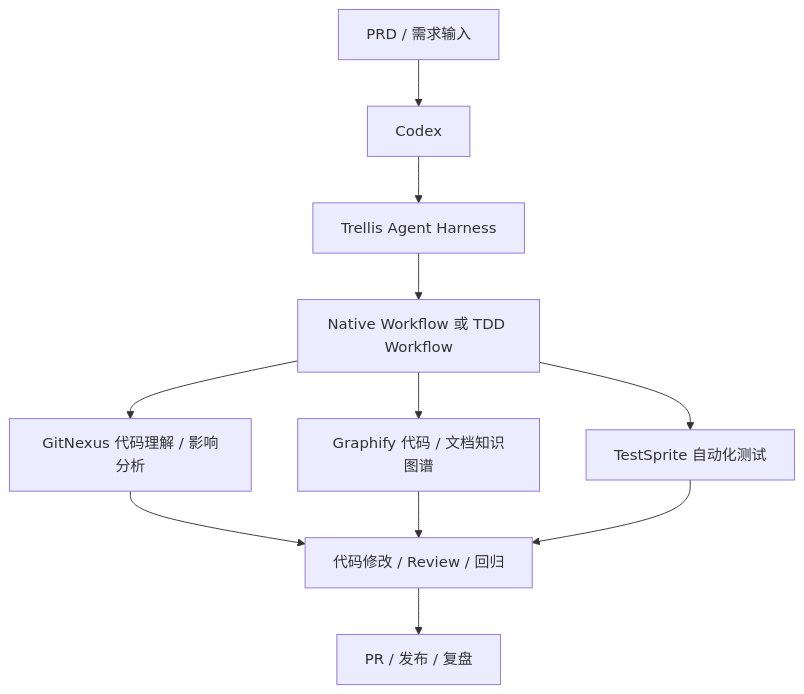
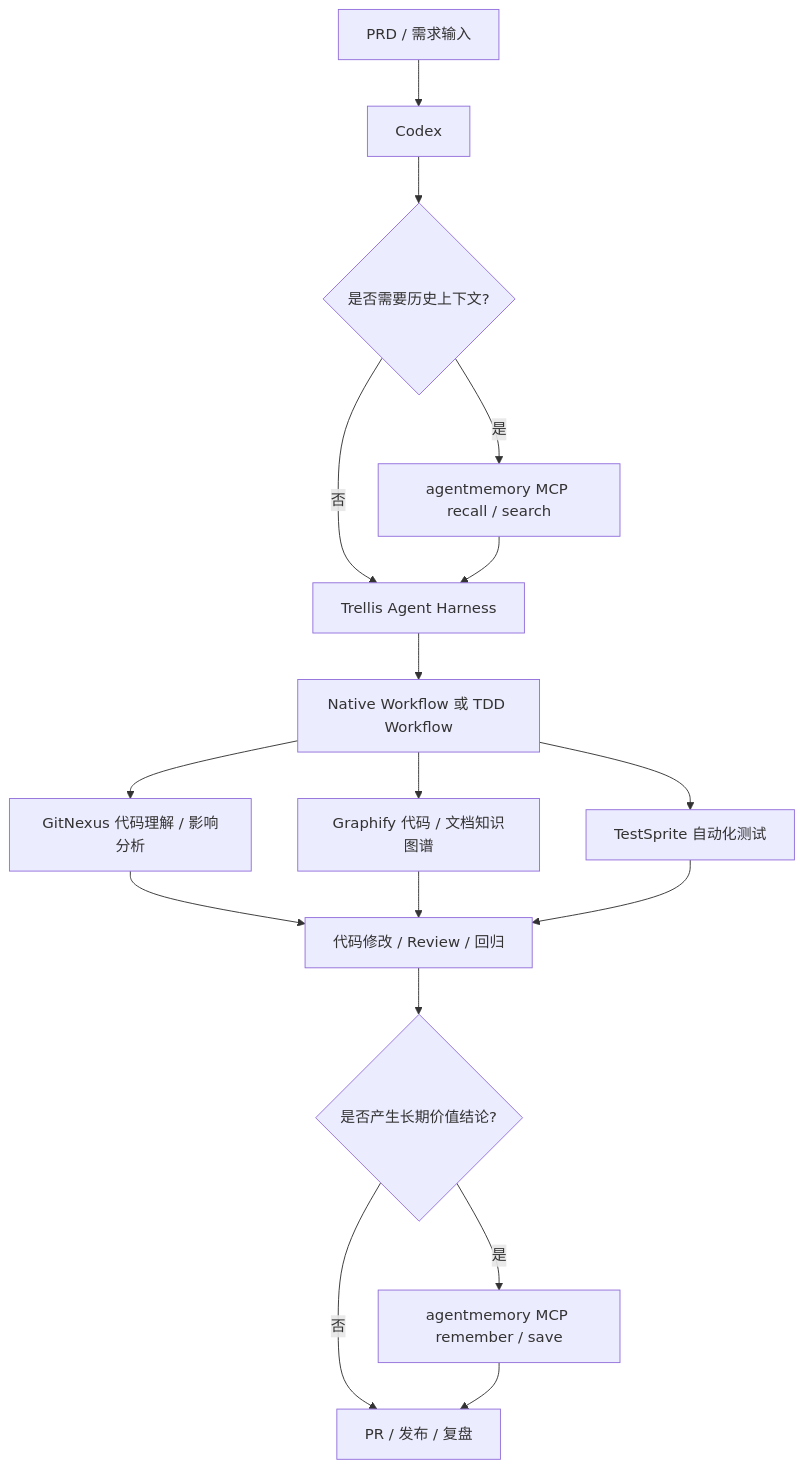
The diagram in ENTRYPOINT.md (KunoLu/640-skills), drawn with Mermaid before and after one commit. The commit also changed other lines of this file and 2 other files, not shown here.

````diff
--- a/ENTRYPOINT.md
+++ b/ENTRYPOINT.md
@@ -20,13 +26,19 @@
 ```mermaid
 flowchart TD
     A[PRD / 需求输入] --> B[Codex]
-    B --> C[Trellis Agent Harness]
+    B --> M1{是否需要历史上下文?}
+    M1 -- 是 --> M2[agentmemory MCP recall / search]
+    M1 -- 否 --> C[Trellis Agent Harness]
+    M2 --> C
     C --> D[Native Workflow 或 TDD Workflow]
     D --> E[GitNexus 代码理解 / 影响分析]
     D --> F[Graphify 代码 / 文档知识图谱]
     D --> G[TestSprite 自动化测试]
     E --> H[代码修改 / Review / 回归]
     F --> H
     G --> H
-    H --> I[PR / 发布 / 复盘]
+    H --> M3{是否产生长期价值结论?}
+    M3 -- 是 --> M4[agentmemory MCP remember / save]
+    M3 -- 否 --> I[PR / 发布 / 复盘]
+    M4 --> I
 ```
````
